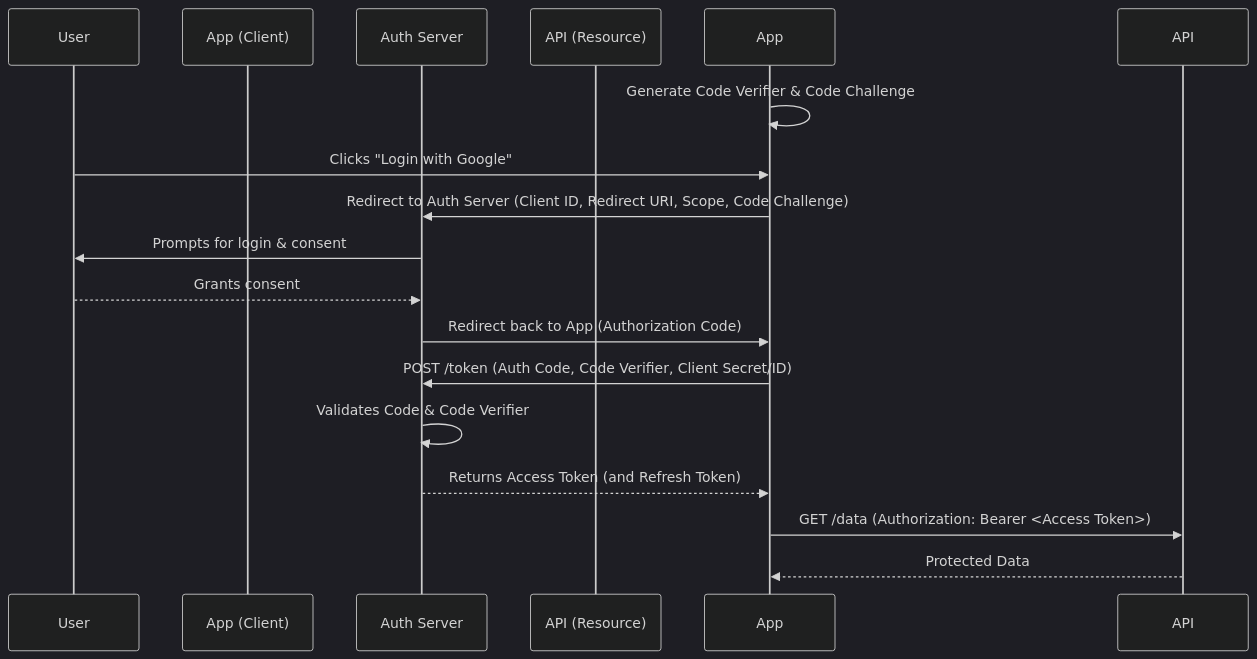
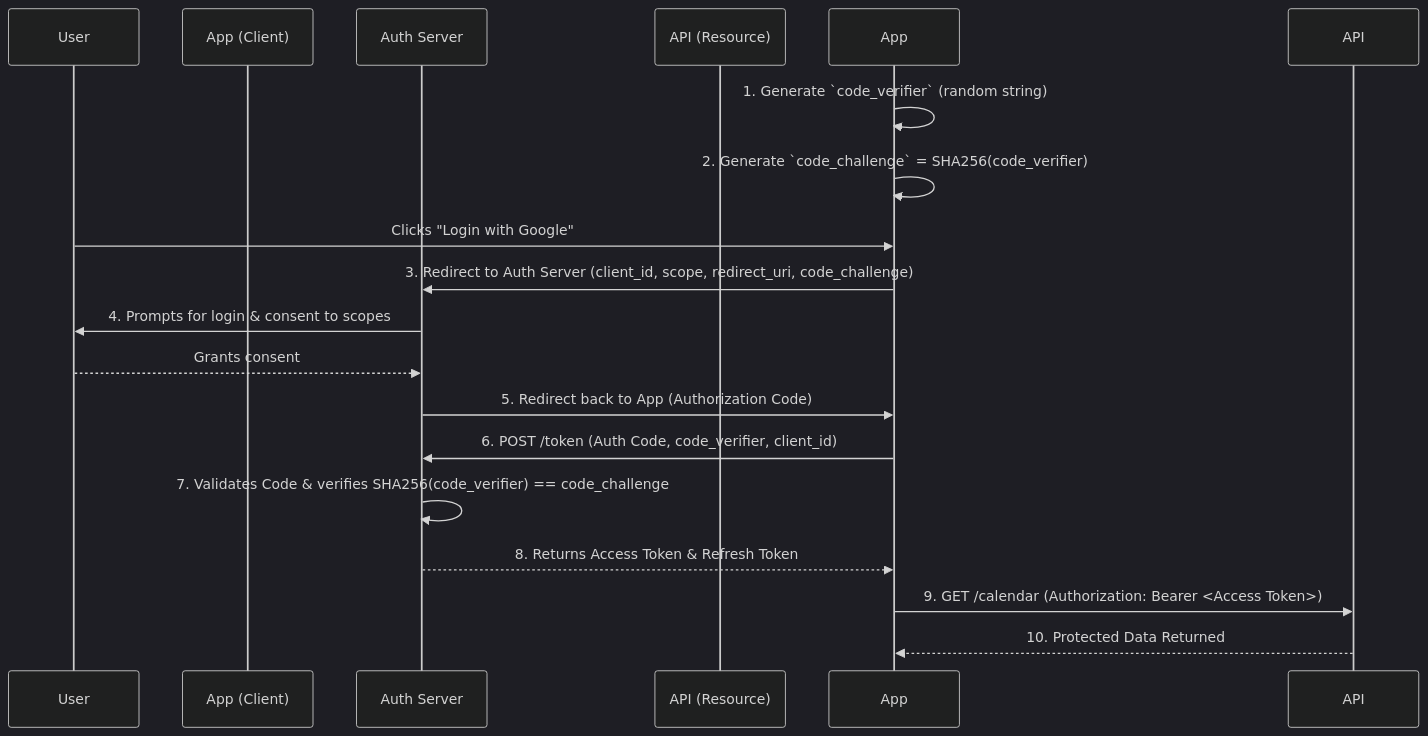
One commit to Enggvault/Full-stack changed the third of 6 diagrams in 09-authentication/notes.md. Above: the diagram before and after it, drawn with Mermaid (dark theme). The commit also changed other lines of this file and 1 other file, not shown here.

````diff
--- a/09-authentication/notes.md
+++ b/09-authentication/notes.md
@@ -243,19 +288,20 @@
 ```mermaid
 sequenceDiagram
     participant User
     participant App (Client)
     participant Auth Server
     participant API (Resource)
     
-    App->>App: Generate Code Verifier & Code Challenge
+    App->>App: 1. Generate `code_verifier` (random string)
+    App->>App: 2. Generate `code_challenge` = SHA256(code_verifier)
     User->>App: Clicks "Login with Google"
-    App->>Auth Server: Redirect to Auth Server (Client ID, Redirect URI, Scope, Code Challenge)
-    Auth Server->>User: Prompts for login & consent
+    App->>Auth Server: 3. Redirect to Auth Server (client_id, scope, redirect_uri, code_challenge)
+    Auth Server->>User: 4. Prompts for login & consent to scopes
     User-->>Auth Server: Grants consent
-    Auth Server->>App: Redirect back to App (Authorization Code)
-    App->>Auth Server: POST /token (Auth Code, Code Verifier, Client Secret/ID)
-    Auth Server->>Auth Server: Validates Code & Code Verifier
-    Auth Server-->>App: Returns Access Token (and Refresh Token)
-    App->>API: GET /data (Authorization: Bearer <Access Token>)
-    API-->>App: Protected Data
+    Auth Server->>App: 5. Redirect back to App (Authorization Code)
+    App->>Auth Server: 6. POST /token (Auth Code, code_verifier, client_id)
+    Auth Server->>Auth Server: 7. Validates Code & verifies SHA256(code_verifier) == code_challenge
+    Auth Server-->>App: 8. Returns Access Token & Refresh Token
+    App->>API: 9. GET /calendar (Authorization: Bearer <Access Token>)
+    API-->>App: 10. Protected Data Returned
 ```
````
